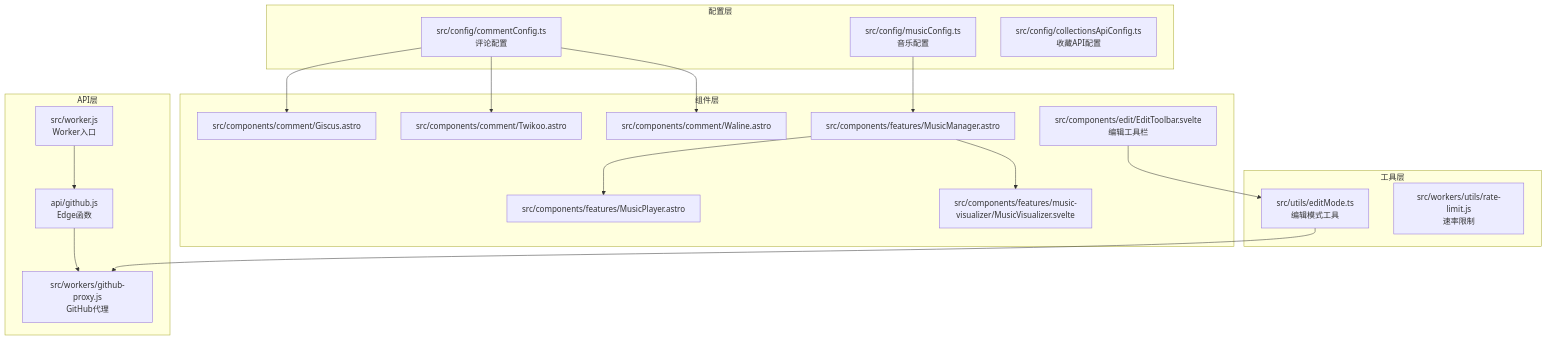
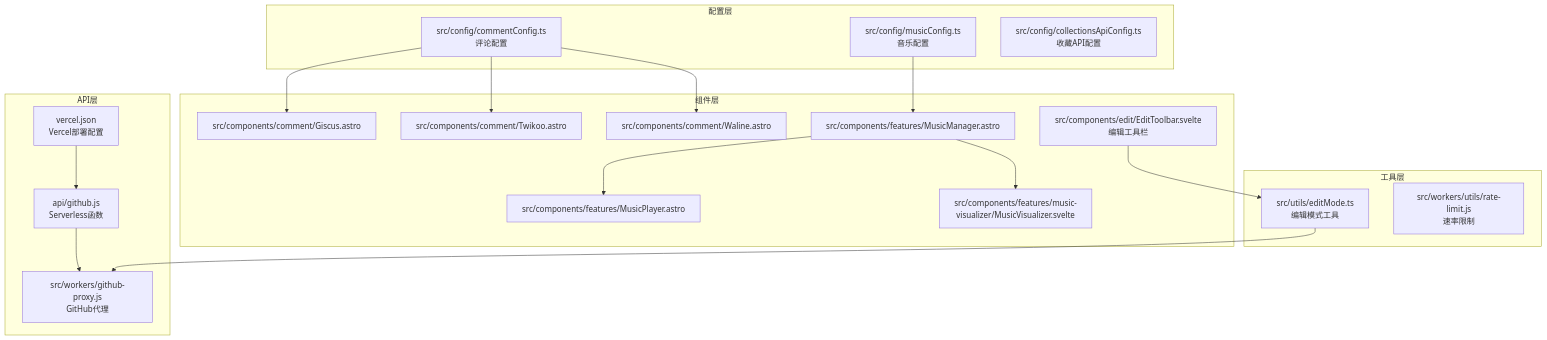
One commit to olx2990684400-sketch/olx-my-blog changed the first of 8 diagrams in .qoder/repowiki/zh/content/API参考文档/第三方集成API.md. Above: the diagram before and after it, drawn with Mermaid. The commit also changed other lines of this file and 74 other files, not shown here.

````diff
--- a/.qoder/repowiki/zh/content/API参考文档/第三方集成API.md
+++ b/.qoder/repowiki/zh/content/API参考文档/第三方集成API.md
@@ -61,36 +65,36 @@
 ```mermaid
 graph TB
 subgraph "API层"
-Worker["src/worker.js<br/>Worker入口"]
-GHAPI["api/github.js<br/>Edge函数"]
+Vercel["vercel.json<br/>Vercel部署配置"]
+GHAPI["api/github.js<br/>Serverless函数"]
 Proxy["src/workers/github-proxy.js<br/>GitHub代理"]
 end
 subgraph "配置层"
 CommentCfg["src/config/commentConfig.ts<br/>评论配置"]
 MusicCfg["src/config/musicConfig.ts<br/>音乐配置"]
 CollectionsCfg["src/config/collectionsApiConfig.ts<br/>收藏API配置"]
 end
 subgraph "组件层"
 Giscus["src/components/comment/Giscus.astro"]
 Twikoo["src/components/comment/Twikoo.astro"]
 Waline["src/components/comment/Waline.astro"]
 MusicMgr["src/components/features/MusicManager.astro"]
 MusicPlayer["src/components/features/MusicPlayer.astro"]
 Visualizer["src/components/features/music-visualizer/MusicVisualizer.svelte"]
 EditToolbar["src/components/edit/EditToolbar.svelte<br/>编辑工具栏"]
 end
 subgraph "工具层"
 EditMode["src/utils/editMode.ts<br/>编辑模式工具"]
 RateLimit["src/workers/utils/rate-limit.js<br/>速率限制"]
 end
-Worker --> GHAPI
+Vercel --> GHAPI
 GHAPI --> Proxy
 CommentCfg --> Giscus
 CommentCfg --> Twikoo
 CommentCfg --> Waline
 MusicCfg --> MusicMgr
 MusicMgr --> MusicPlayer
 MusicMgr --> Visualizer
 EditMode --> Proxy
 EditToolbar --> EditMode
 ```
````
